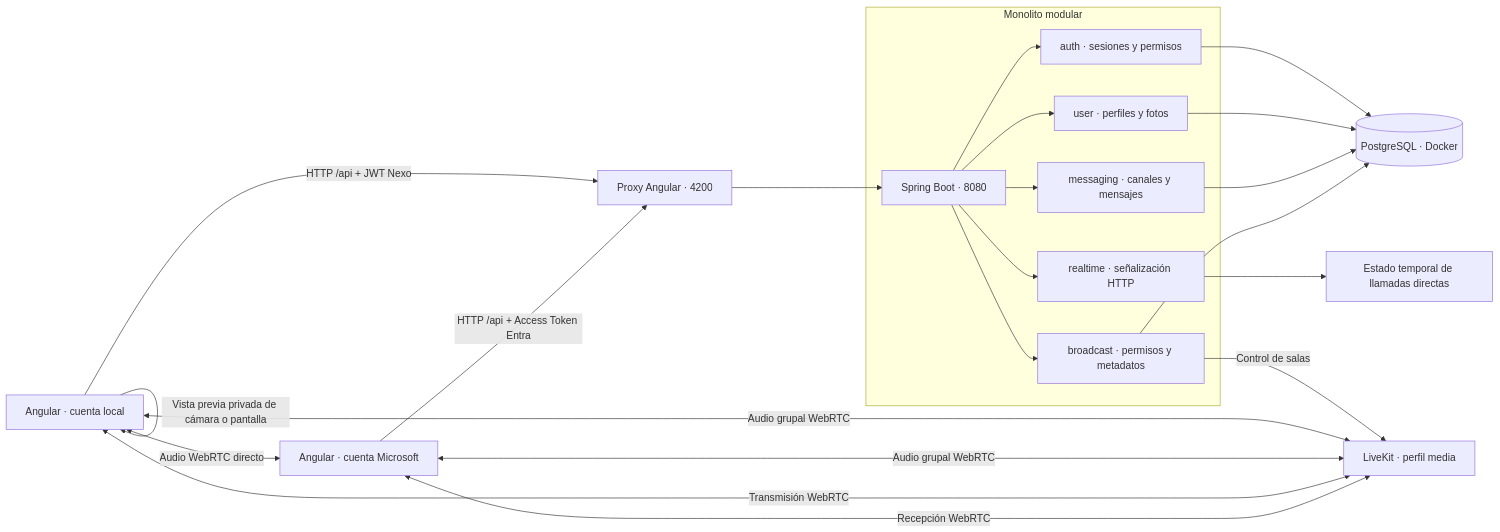
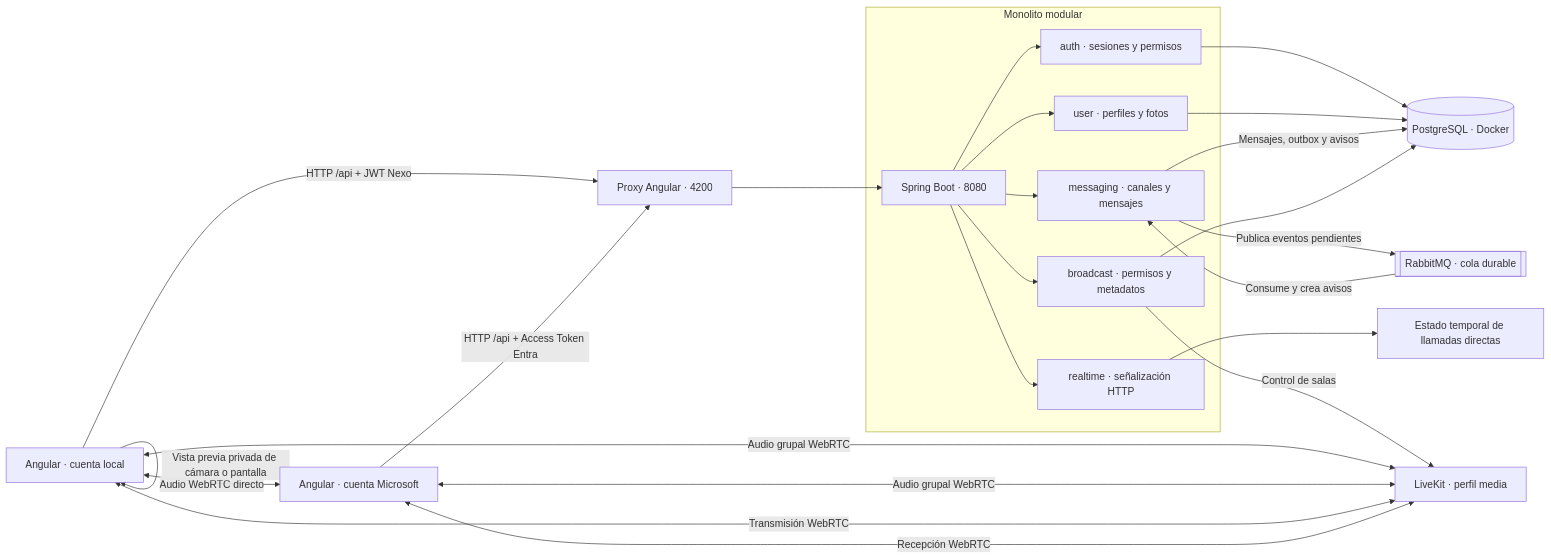
Before and after one commit to JorgeVergaraS/ProyectoTesis: the first of 3 diagrams in README.md, drawn with Mermaid. The commit also changed other lines of this file and 1 other file, not shown here.

Commit message:
docs: diagramar arquitectura RabbitMQ de Nexo

````diff
--- a/README.md
+++ b/README.md
@@ -154,25 +154,27 @@
 ```mermaid
 flowchart LR
     A[Angular · cuenta local] -->|HTTP /api + JWT Nexo| P[Proxy Angular · 4200]
     B[Angular · cuenta Microsoft] -->|HTTP /api + Access Token Entra| P
     P --> S[Spring Boot · 8080]
     subgraph M[Monolito modular]
       S --> AU[auth · sesiones y permisos]
       S --> U[user · perfiles y fotos]
       S --> C[messaging · canales y mensajes]
       S --> R[realtime · señalización HTTP]
       S --> T[broadcast · permisos y metadatos]
     end
     AU --> DB[(PostgreSQL · Docker)]
     U --> DB
-    C --> DB
+    C -->|Mensajes, outbox y avisos| DB
+    C -->|Publica eventos pendientes| MQ[[RabbitMQ · cola durable]]
+    MQ -->|Consume y crea avisos| C
     R --> RAM[Estado temporal de llamadas directas]
     T --> DB
     T -->|Control de salas| SFU[LiveKit · perfil media]
     A <-->|Audio grupal WebRTC| SFU
     B <-->|Audio grupal WebRTC| SFU
     A <-->|Transmisión WebRTC| SFU
     B <-->|Recepción WebRTC| SFU
     A <-->|Audio WebRTC directo| B
     A -->|Vista previa privada de cámara o pantalla| A
 ```
````
